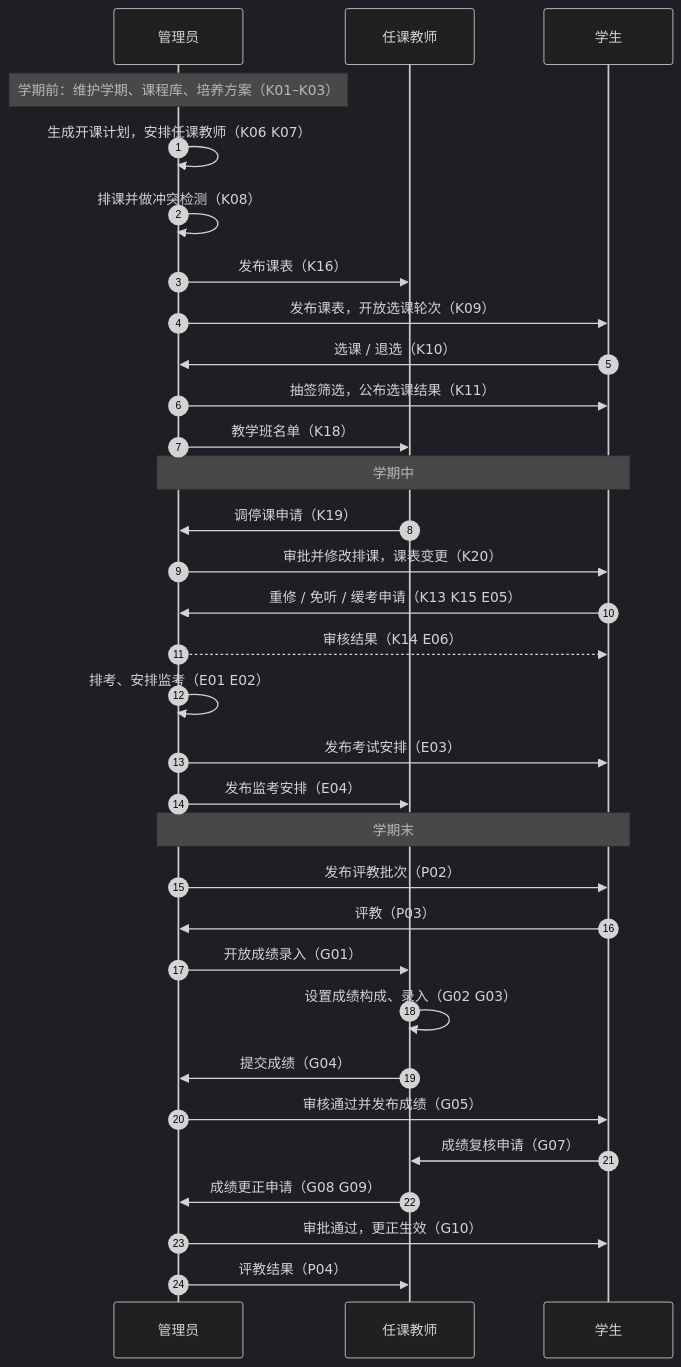
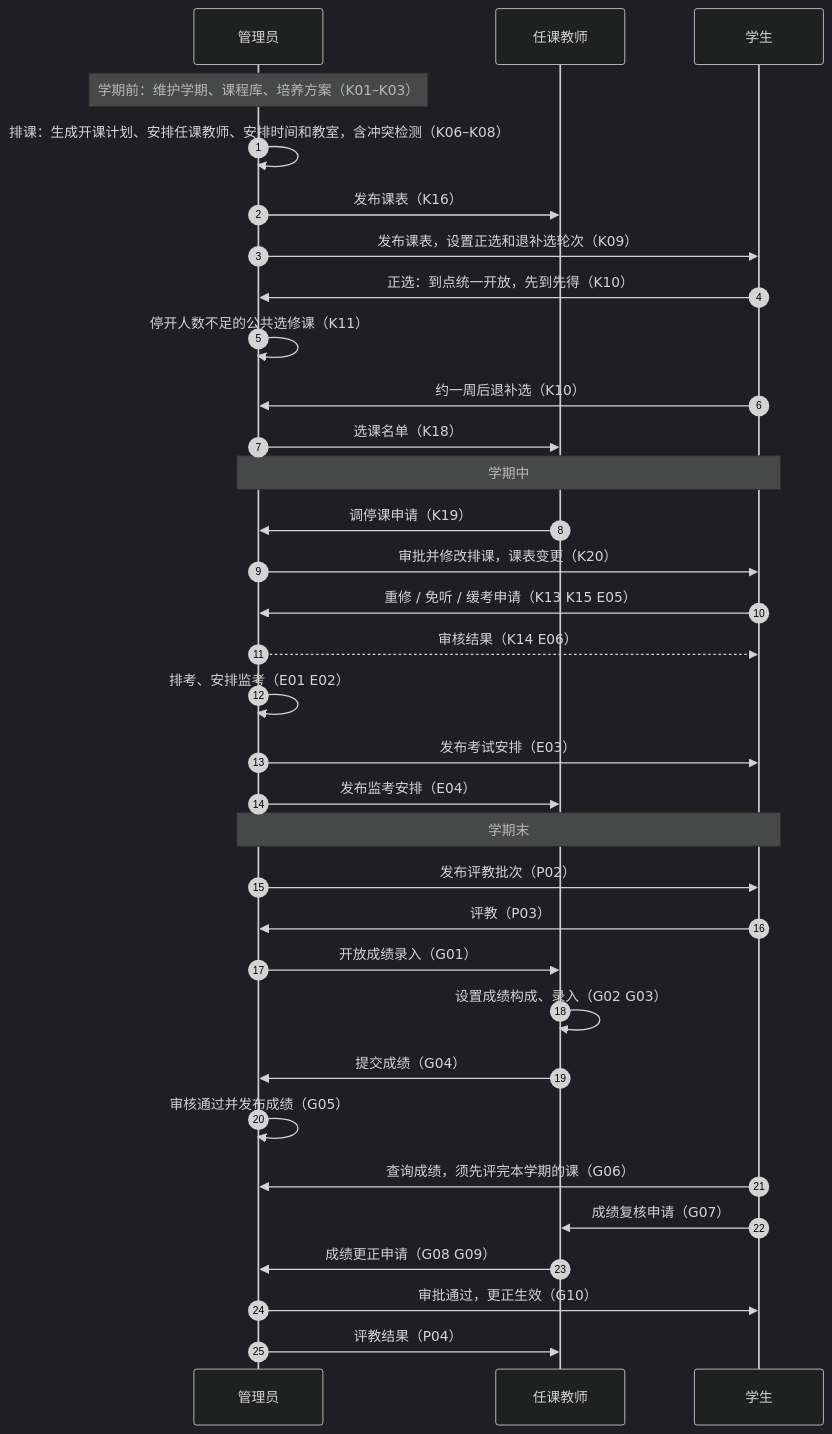
One commit to We1chan/databasecoursedesign changed the second of 14 diagrams in docs/需求分析文档.md. Above: the diagram before and after it, drawn with Mermaid (dark theme). The commit also changed other lines of this file and 29 other files, not shown here.

````diff
--- a/docs/需求分析文档.md
+++ b/docs/需求分析文档.md
@@ -882,34 +555,35 @@
 ```mermaid
 sequenceDiagram
     autonumber
     participant A as 管理员
     participant T as 任课教师
     participant S as 学生
     Note over A: 学期前：维护学期、课程库、培养方案（K01–K03）
-    A->>A: 生成开课计划，安排任课教师（K06 K07）
-    A->>A: 排课并做冲突检测（K08）
+    A->>A: 排课：生成开课计划、安排任课教师、安排时间和教室，含冲突检测（K06–K08）
     A->>T: 发布课表（K16）
-    A->>S: 发布课表，开放选课轮次（K09）
-    S->>A: 选课 / 退选（K10）
-    A->>S: 抽签筛选，公布选课结果（K11）
-    A->>T: 教学班名单（K18）
+    A->>S: 发布课表，设置正选和退补选轮次（K09）
+    S->>A: 正选：到点统一开放，先到先得（K10）
+    A->>A: 停开人数不足的公共选修课（K11）
+    S->>A: 约一周后退补选（K10）
+    A->>T: 选课名单（K18）
     Note over A,S: 学期中
     T->>A: 调停课申请（K19）
     A->>S: 审批并修改排课，课表变更（K20）
     S->>A: 重修 / 免听 / 缓考申请（K13 K15 E05）
     A-->>S: 审核结果（K14 E06）
     A->>A: 排考、安排监考（E01 E02）
     A->>S: 发布考试安排（E03）
     A->>T: 发布监考安排（E04）
     Note over A,S: 学期末
     A->>S: 发布评教批次（P02）
     S->>A: 评教（P03）
     A->>T: 开放成绩录入（G01）
     T->>T: 设置成绩构成、录入（G02 G03）
     T->>A: 提交成绩（G04）
-    A->>S: 审核通过并发布成绩（G05）
+    A->>A: 审核通过并发布成绩（G05）
+    S->>A: 查询成绩，须先评完本学期的课（G06）
     S->>T: 成绩复核申请（G07）
     T->>A: 成绩更正申请（G08 G09）
     A->>S: 审批通过，更正生效（G10）
     A->>T: 评教结果（P04）
 ```
````
